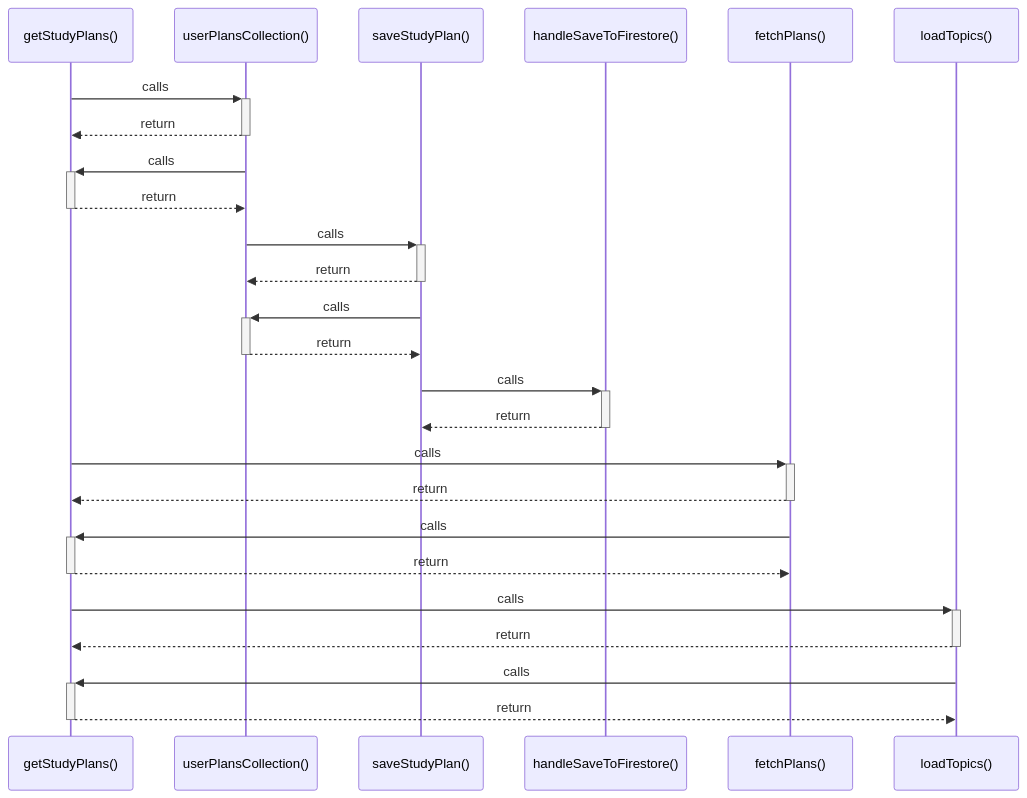
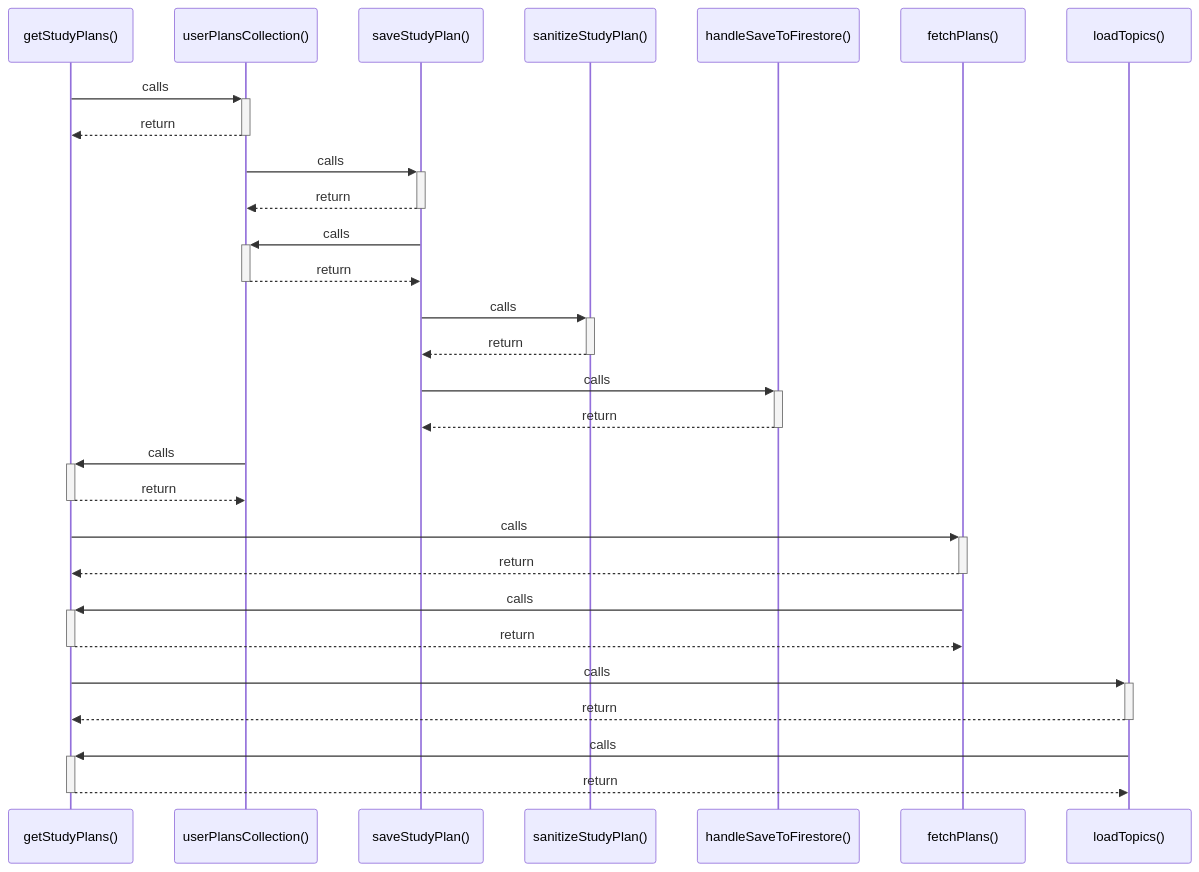
Before and after one commit to Exselsa/studysync-ai: the diagram in src/graphify-out/wiki/getStudyPlans().md, drawn with Mermaid. The commit also changed other lines of this file and 35 other files, not shown here.

Commit message:
feat: fix plan persistence, add game timer, 1v1 taunts, study meet room, and update landing page

````diff
--- a/src/graphify-out/wiki/getStudyPlans().md
+++ b/src/graphify-out/wiki/getStudyPlans().md
@@ -7,27 +7,30 @@
 ```mermaid
 sequenceDiagram
     participant P0 as getStudyPlans()
     participant P1 as userPlansCollection()
     participant P2 as saveStudyPlan()
-    participant P3 as handleSaveToFirestore()
-    participant P4 as fetchPlans()
-    participant P5 as loadTopics()
+    participant P3 as sanitizeStudyPlan()
+    participant P4 as handleSaveToFirestore()
+    participant P5 as fetchPlans()
+    participant P6 as loadTopics()
     P0->>+ P1: calls
     P1-->>- P0: return
-    P1->>+ P0: calls
-    P0-->>- P1: return
     P1->>+ P2: calls
     P2-->>- P1: return
     P2->>+ P1: calls
     P1-->>- P2: return
     P2->>+ P3: calls
     P3-->>- P2: return
-    P0->>+ P4: calls
-    P4-->>- P0: return
-    P4->>+ P0: calls
-    P0-->>- P4: return
+    P2->>+ P4: calls
+    P4-->>- P2: return
+    P1->>+ P0: calls
+    P0-->>- P1: return
     P0->>+ P5: calls
     P5-->>- P0: return
     P5->>+ P0: calls
     P0-->>- P5: return
+    P0->>+ P6: calls
+    P6-->>- P0: return
+    P6->>+ P0: calls
+    P0-->>- P6: return
 ```
````
